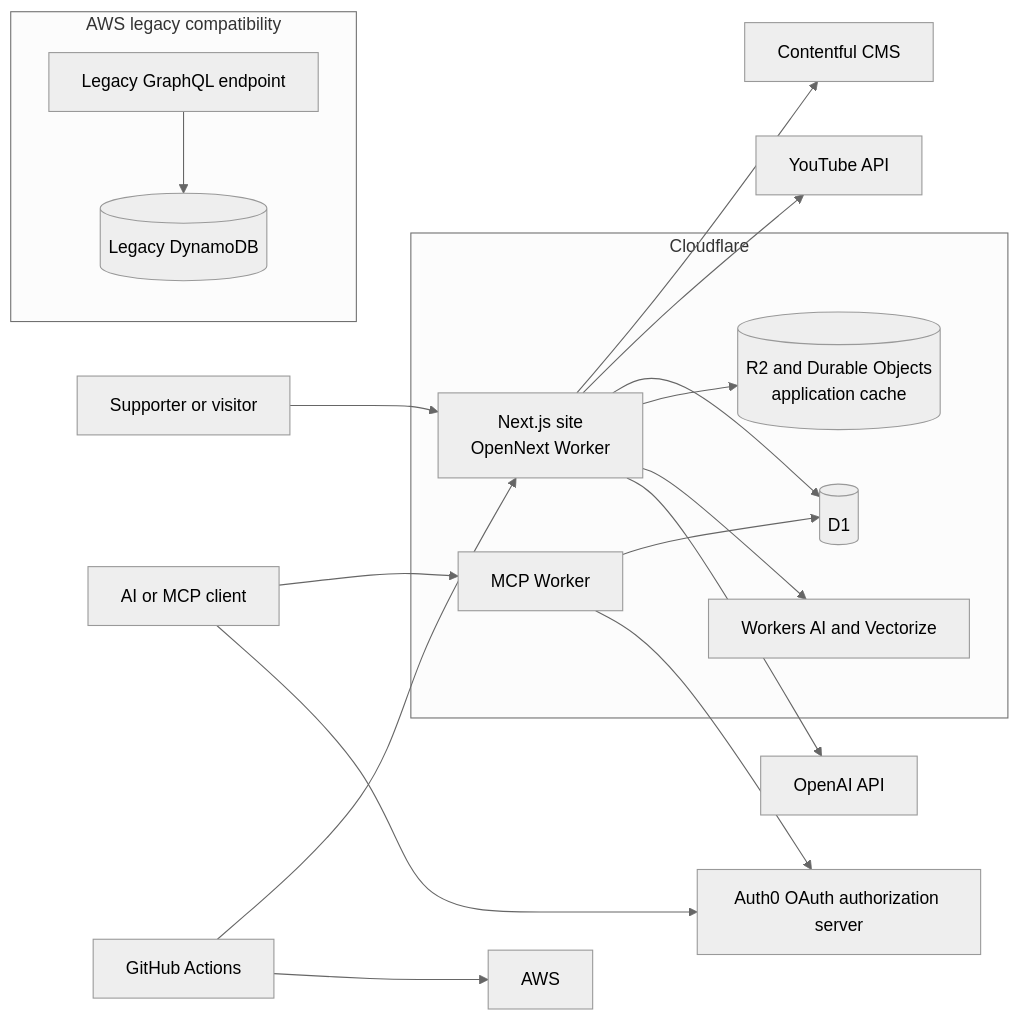
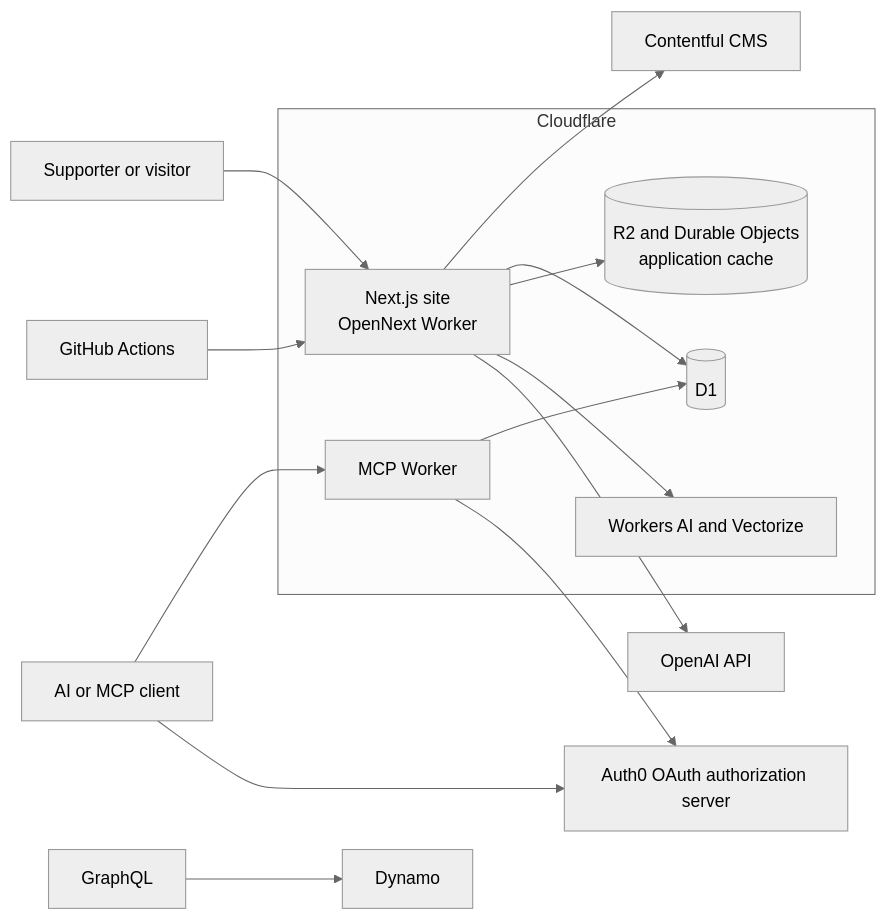
One commit to chrisowen491/tranmere-web changed the diagram in docs/ARCHITECTURE.md. Above: the diagram before and after it, drawn with Mermaid (neutral theme). The commit also changed other lines of this file and 33 other files, not shown here.

````diff
--- a/docs/ARCHITECTURE.md
+++ b/docs/ARCHITECTURE.md
@@ -21,39 +21,31 @@
 ```mermaid
 flowchart LR
     Visitor[Supporter or visitor]
     AIClient[AI or MCP client]
     GitHub[GitHub Actions]
 
     subgraph Cloudflare
         Site[Next.js site<br/>OpenNext Worker]
         D1[(D1)]
         Cache[(R2 and Durable Objects<br/>application cache)]
         CFAI[Workers AI and Vectorize]
         MCP[MCP Worker]
     end
 
-    subgraph AWS legacy compatibility
-        GraphQL[Legacy GraphQL endpoint]
-        Dynamo[(Legacy DynamoDB)]
-    end
-
     Contentful[Contentful CMS]
     Auth0[Auth0 OAuth authorization server]
-    YouTube[YouTube API]
     OpenAI[OpenAI API]
 
     Visitor --> Site
     AIClient --> MCP
     Site --> Contentful
-    Site --> YouTube
     Site --> D1
     Site --> Cache
     Site --> CFAI
     Site --> OpenAI
     MCP --> D1
     AIClient --> Auth0
     MCP --> Auth0
     GraphQL --> Dynamo
     GitHub --> Site
-    GitHub --> AWS
 ```
````
